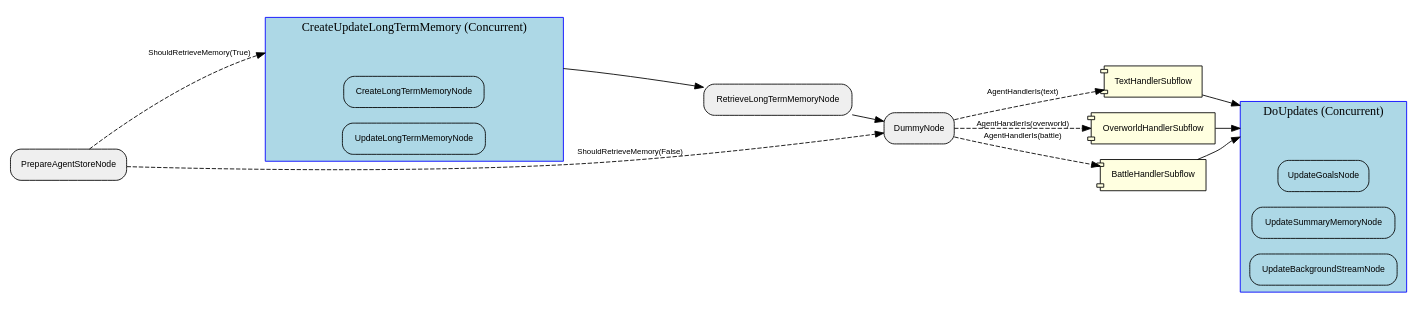
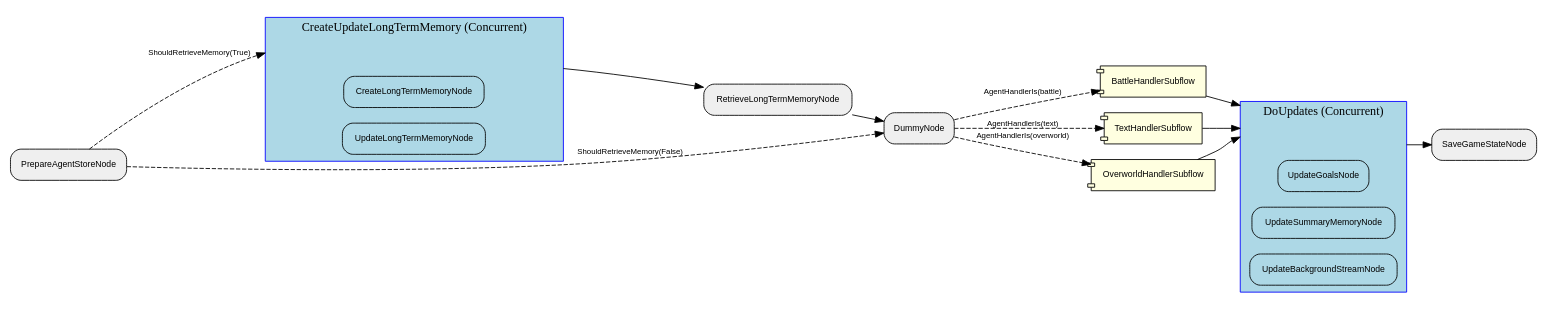
The diagram in visualization/agent_graph/Graph.dot (clambro/ai-plays-pokemon), drawn with Graphviz before and after one commit. The commit also changed 55 other files, not shown here.

```diff
--- a/visualization/agent_graph/Graph.dot
+++ b/visualization/agent_graph/Graph.dot
@@ -1,46 +1,48 @@
 digraph "G" {
   rankdir=LR;
   compound=true;
   node [shape=box, style="rounded,filled", fillcolor="#EFEFEF", fontname="Helvetica", fontsize=10];
   edge [fontname="Helvetica", fontsize=9];
-  subgraph "cluster_h0Hyka052id6mZYkP7iV4" {
+  subgraph "cluster_Z7NeyP7Uyn0Tvox7OC6Rs" {
+    label="CreateUpdateLongTermMemory (Concurrent)";
+    style="filled"; fillcolor="lightblue"; color="blue";
+    node [fillcolor="lightblue", style="filled,rounded"];
+    "Z7NeyP7Uyn0Tvox7OC6Rs__entry" [label="", shape=point, width=0.01, style=invis];
+    "Z7NeyP7Uyn0Tvox7OC6Rs__exit"  [label="", shape=point, width=0.01, style=invis];
+    BjiNpauqNN3micUZCiTtQ [label="CreateLongTermMemoryNode"];
+    QSrc1hhSG7JRHXWWxxdx2 [label="UpdateLongTermMemoryNode"];
+  }
+  subgraph "cluster_nTDHforyIwFTJlDDQ0PCR" {
     label="DoUpdates (Concurrent)";
     style="filled"; fillcolor="lightblue"; color="blue";
     node [fillcolor="lightblue", style="filled,rounded"];
-    "h0Hyka052id6mZYkP7iV4__entry" [label="", shape=point, width=0.01, style=invis];
-    "h0Hyka052id6mZYkP7iV4__exit"  [label="", shape=point, width=0.01, style=invis];
-    R4vHUcTW4CBdMhSI7e6wO [label="UpdateGoalsNode"];
-    "0hIkgATQqj02DqLxRwrjP" [label="UpdateSummaryMemoryNode"];
-    Y5iFAFWDHHnoZnJlyJyyG [label="UpdateBackgroundStreamNode"];
+    "nTDHforyIwFTJlDDQ0PCR__entry" [label="", shape=point, width=0.01, style=invis];
+    "nTDHforyIwFTJlDDQ0PCR__exit"  [label="", shape=point, width=0.01, style=invis];
+    IgLIu2gJqUdLKDYzKVyv4 [label="UpdateGoalsNode"];
+    RACI4ivbevXRnIno1JRry [label="UpdateSummaryMemoryNode"];
+    grSZPnysRTvzAWV1Ijl8D [label="UpdateBackgroundStreamNode"];
   }
-  subgraph "cluster_tZSULvZ03PXg0v1dEUzeT" {
-    label="CreateUpdateLongTermMemory (Concurrent)";
-    style="filled"; fillcolor="lightblue"; color="blue";
-    node [fillcolor="lightblue", style="filled,rounded"];
-    "tZSULvZ03PXg0v1dEUzeT__entry" [label="", shape=point, width=0.01, style=invis];
-    "tZSULvZ03PXg0v1dEUzeT__exit"  [label="", shape=point, width=0.01, style=invis];
-    ZmjQL2qMSJ47HgmBvrQsc [label="CreateLongTermMemoryNode"];
-    Dxjf76VGZi7qvklgPSU10 [label="UpdateLongTermMemoryNode"];
-  }
-  EAw4JRpwArz4VFq1rWFul [label="TextHandlerSubflow", shape=component, style="filled,rounded", fillcolor="lightyellow"];
-  Y5iFAFWDHHnoZnJlyJyyG [label="UpdateBackgroundStreamNode"];
-  Dxjf76VGZi7qvklgPSU10 [label="UpdateLongTermMemoryNode"];
-  R4vHUcTW4CBdMhSI7e6wO [label="UpdateGoalsNode"];
-  ewkrImVlHp0QiY7uVKToQ [label="RetrieveLongTermMemoryNode"];
-  TRSf4M9m9tmHd3SIdQapB [label="PrepareAgentStoreNode"];
-  "0hIkgATQqj02DqLxRwrjP" [label="UpdateSummaryMemoryNode"];
-  ZmjQL2qMSJ47HgmBvrQsc [label="CreateLongTermMemoryNode"];
-  bPAeyDDISh8PB9tGSTM8y [label="OverworldHandlerSubflow", shape=component, style="filled,rounded", fillcolor="lightyellow"];
-  cUG69SX30D8dYzU1OnSvs [label="BattleHandlerSubflow", shape=component, style="filled,rounded", fillcolor="lightyellow"];
-  uOSiWQIc4MoAbUv34Bucq [label="DummyNode"];
-  TRSf4M9m9tmHd3SIdQapB -> tZSULvZ03PXg0v1dEUzeT__entry [lhead="cluster_tZSULvZ03PXg0v1dEUzeT", style="dashed", label="ShouldRetrieveMemory(True)"];
-  tZSULvZ03PXg0v1dEUzeT__exit -> ewkrImVlHp0QiY7uVKToQ [ltail="cluster_tZSULvZ03PXg0v1dEUzeT", style="solid"];
-  TRSf4M9m9tmHd3SIdQapB -> uOSiWQIc4MoAbUv34Bucq [style="dashed", label="ShouldRetrieveMemory(False)"];
-  ewkrImVlHp0QiY7uVKToQ -> uOSiWQIc4MoAbUv34Bucq [style="solid"];
-  uOSiWQIc4MoAbUv34Bucq -> bPAeyDDISh8PB9tGSTM8y [style="dashed", label="AgentHandlerIs(overworld)"];
-  uOSiWQIc4MoAbUv34Bucq -> cUG69SX30D8dYzU1OnSvs [style="dashed", label="AgentHandlerIs(battle)"];
-  uOSiWQIc4MoAbUv34Bucq -> EAw4JRpwArz4VFq1rWFul [style="dashed", label="AgentHandlerIs(text)"];
-  EAw4JRpwArz4VFq1rWFul -> h0Hyka052id6mZYkP7iV4__entry [lhead="cluster_h0Hyka052id6mZYkP7iV4", style="solid"];
-  cUG69SX30D8dYzU1OnSvs -> h0Hyka052id6mZYkP7iV4__entry [lhead="cluster_h0Hyka052id6mZYkP7iV4", style="solid"];
-  bPAeyDDISh8PB9tGSTM8y -> h0Hyka052id6mZYkP7iV4__entry [lhead="cluster_h0Hyka052id6mZYkP7iV4", style="solid"];
+  BjiNpauqNN3micUZCiTtQ [label="CreateLongTermMemoryNode"];
+  RACI4ivbevXRnIno1JRry [label="UpdateSummaryMemoryNode"];
+  P3LU5SO3Rf0XqvBLlNIIV [label="DummyNode"];
+  WhPkkJ4QhOcmFrzFsqBqM [label="BattleHandlerSubflow", shape=component, style="filled,rounded", fillcolor="lightyellow"];
+  xwO8N1qMpIrxLGNoyL5f2 [label="TextHandlerSubflow", shape=component, style="filled,rounded", fillcolor="lightyellow"];
+  IgLIu2gJqUdLKDYzKVyv4 [label="UpdateGoalsNode"];
+  LKEvNPOlhNB1wbMYFz6Nx [label="OverworldHandlerSubflow", shape=component, style="filled,rounded", fillcolor="lightyellow"];
+  QSrc1hhSG7JRHXWWxxdx2 [label="UpdateLongTermMemoryNode"];
+  z4lCy6uUSlr4B66POqDJP [label="PrepareAgentStoreNode"];
+  wbVYi3VQQUxdUKN2dMo5Q [label="SaveGameStateNode"];
+  LEu0fAVN9F1Ze4jAETjtk [label="RetrieveLongTermMemoryNode"];
+  grSZPnysRTvzAWV1Ijl8D [label="UpdateBackgroundStreamNode"];
+  z4lCy6uUSlr4B66POqDJP -> Z7NeyP7Uyn0Tvox7OC6Rs__entry [lhead="cluster_Z7NeyP7Uyn0Tvox7OC6Rs", style="dashed", label="ShouldRetrieveMemory(True)"];
+  Z7NeyP7Uyn0Tvox7OC6Rs__exit -> LEu0fAVN9F1Ze4jAETjtk [ltail="cluster_Z7NeyP7Uyn0Tvox7OC6Rs", style="solid"];
+  z4lCy6uUSlr4B66POqDJP -> P3LU5SO3Rf0XqvBLlNIIV [style="dashed", label="ShouldRetrieveMemory(False)"];
+  LEu0fAVN9F1Ze4jAETjtk -> P3LU5SO3Rf0XqvBLlNIIV [style="solid"];
+  P3LU5SO3Rf0XqvBLlNIIV -> LKEvNPOlhNB1wbMYFz6Nx [style="dashed", label="AgentHandlerIs(overworld)"];
+  P3LU5SO3Rf0XqvBLlNIIV -> WhPkkJ4QhOcmFrzFsqBqM [style="dashed", label="AgentHandlerIs(battle)"];
+  P3LU5SO3Rf0XqvBLlNIIV -> xwO8N1qMpIrxLGNoyL5f2 [style="dashed", label="AgentHandlerIs(text)"];
+  xwO8N1qMpIrxLGNoyL5f2 -> nTDHforyIwFTJlDDQ0PCR__entry [lhead="cluster_nTDHforyIwFTJlDDQ0PCR", style="solid"];
+  WhPkkJ4QhOcmFrzFsqBqM -> nTDHforyIwFTJlDDQ0PCR__entry [lhead="cluster_nTDHforyIwFTJlDDQ0PCR", style="solid"];
+  LKEvNPOlhNB1wbMYFz6Nx -> nTDHforyIwFTJlDDQ0PCR__entry [lhead="cluster_nTDHforyIwFTJlDDQ0PCR", style="solid"];
+  nTDHforyIwFTJlDDQ0PCR__exit -> wbVYi3VQQUxdUKN2dMo5Q [ltail="cluster_nTDHforyIwFTJlDDQ0PCR", style="solid"];
 }
```
